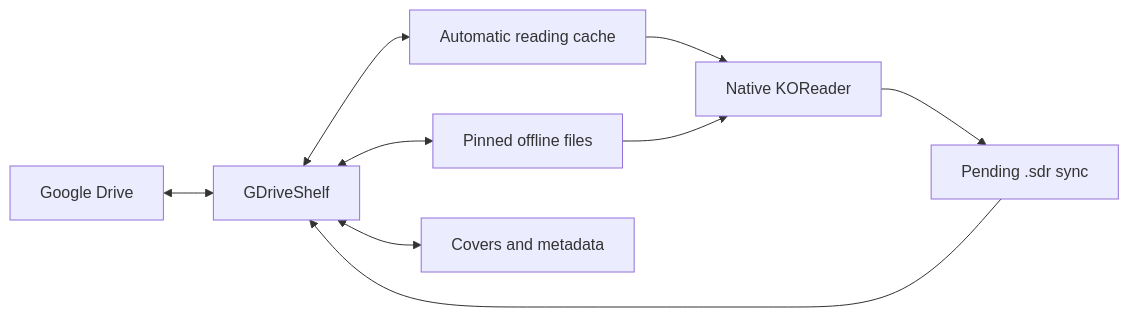
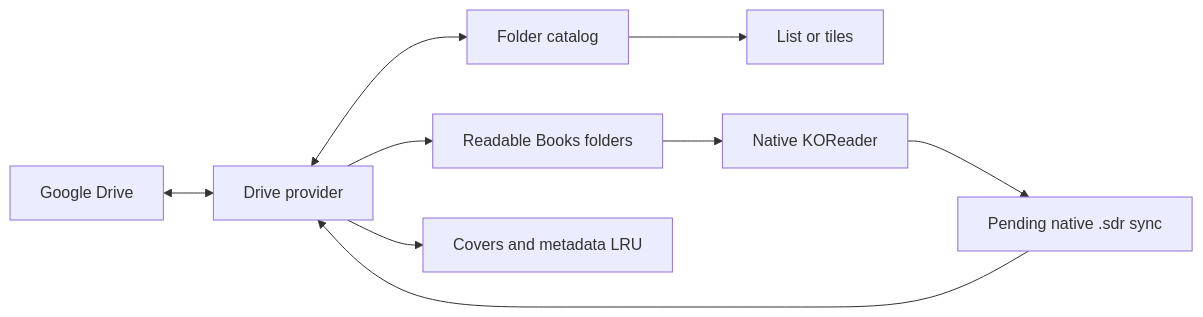
Before and after one commit to mewforest/gdriveshelf.koplugin: the diagram in README.md, drawn with Mermaid. The commit also changed other lines of this file and 51 other files, not shown here.

````diff
--- a/README.md
+++ b/README.md
@@ -59,11 +68,11 @@
 ```mermaid
 flowchart LR
-    Drive[Google Drive] <--> Shelf[GDriveShelf]
-    Shelf <--> Auto[Automatic reading cache]
-    Shelf <--> Offline[Pinned offline files]
-    Shelf <--> Metadata[Covers and metadata]
-    Auto --> Reader[Native KOReader]
-    Offline --> Reader
-    Reader --> Pending[Pending .sdr sync]
-    Pending --> Shelf
+    Drive[Google Drive] <--> Provider[Drive provider]
+    Provider <--> Catalog[Folder catalog]
+    Provider --> Books[Readable Books folders]
+    Provider --> Metadata[Covers and metadata LRU]
+    Catalog --> UI[List or tiles]
+    Books --> Reader[Native KOReader]
+    Reader --> Queue[Pending native .sdr sync]
+    Queue --> Provider
 ```
````
